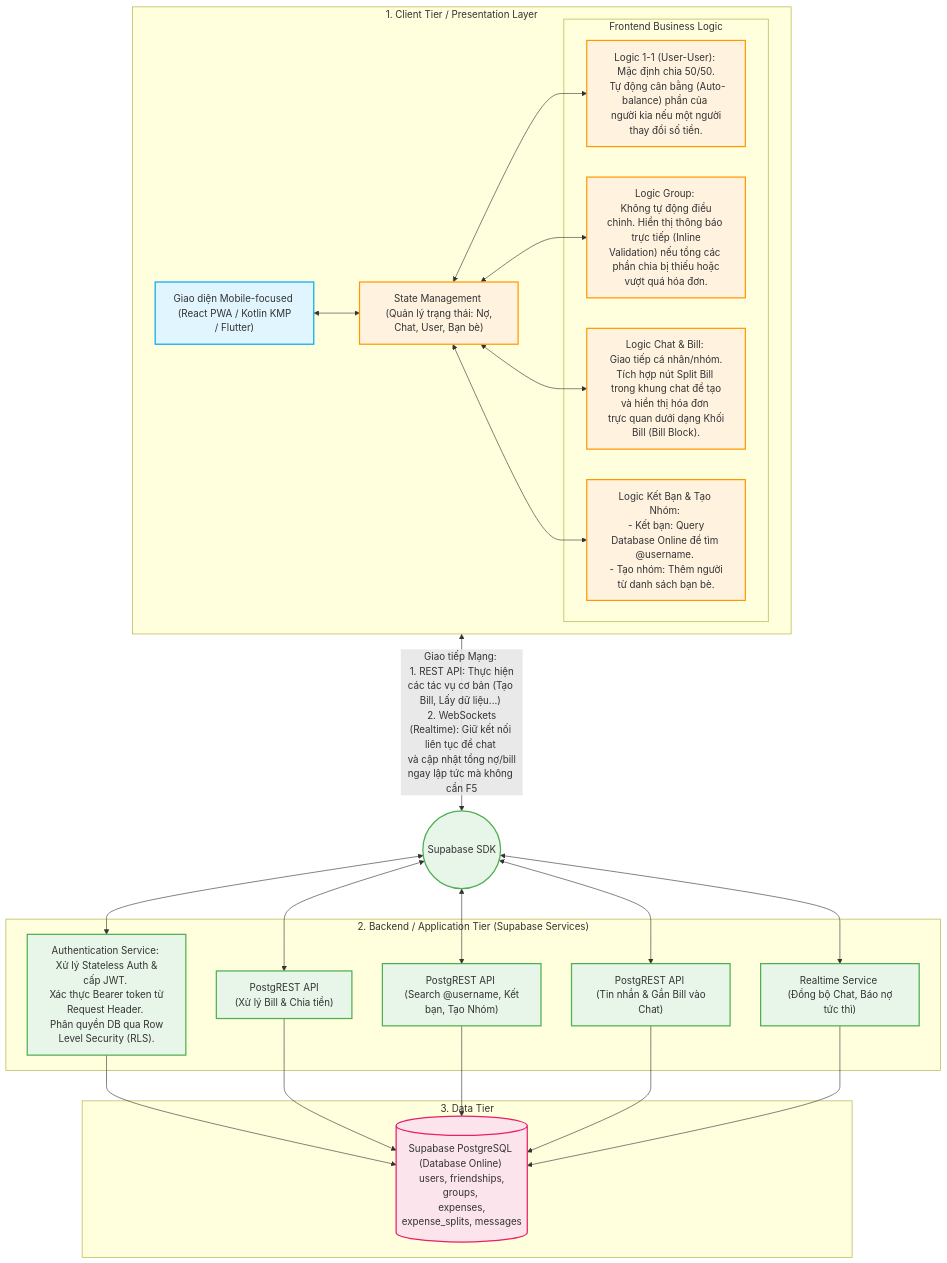
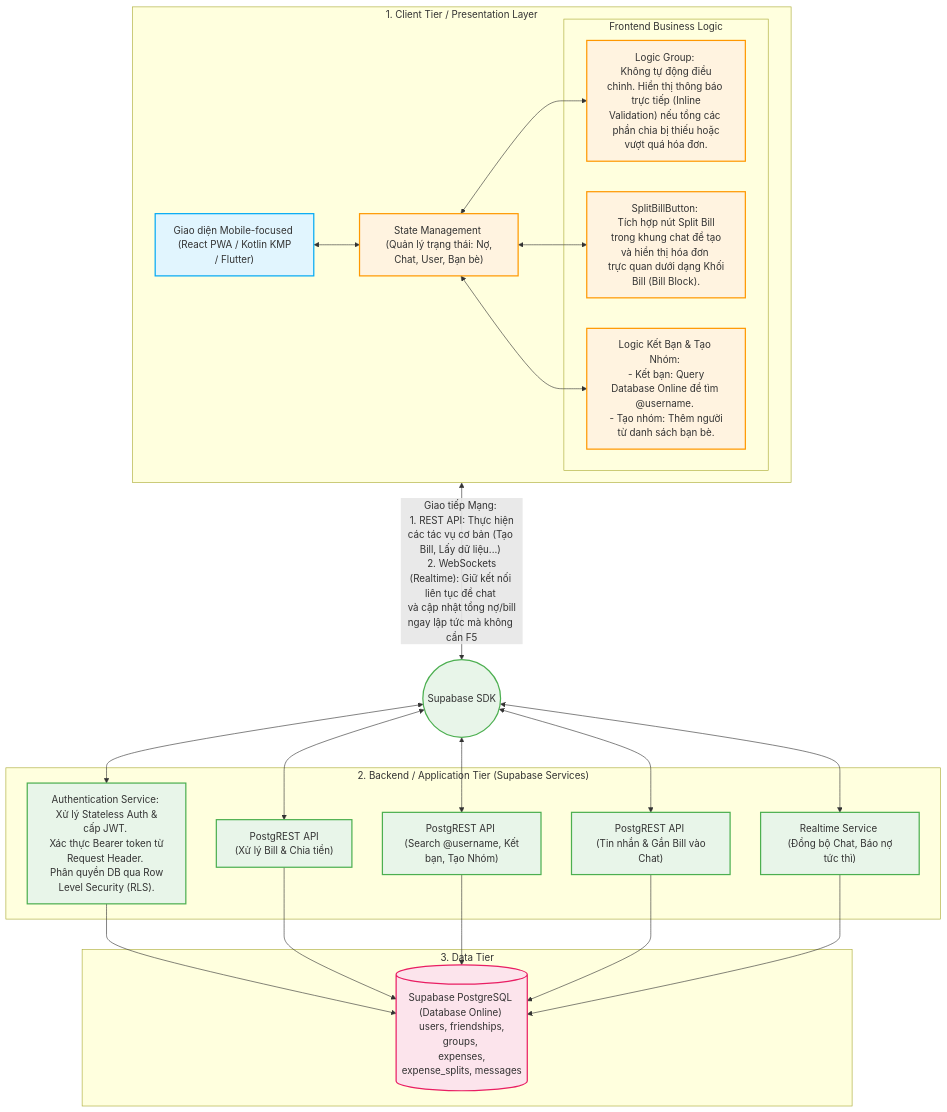
Before and after one commit to emberfox205/teilr: the diagram in README.md, drawn with Mermaid. The commit also changed other lines of this file, not shown here.

````diff
--- a/README.md
+++ b/README.md
@@ -3,60 +3,58 @@
 ```mermaid
 %%{init: {'theme': 'default', 'themeCSS': 'svg { background-color: white !important; }', 'themeVariables': { 'background': '#ffffff'}}}%%
 flowchart TD
     %% Định nghĩa màu sắc
     classDef frontend fill:#e1f5fe,stroke:#03a9f4,stroke-width:2px;
     classDef logic fill:#fff3e0,stroke:#ff9800,stroke-width:2px;
     classDef backend fill:#e8f5e9,stroke:#4caf50,stroke-width:2px;
     classDef database fill:#fce4ec,stroke:#e91e63,stroke-width:2px;
 
     %% Client Layer
     subgraph Client_Tier ["1. Client Tier / Presentation Layer"]
         UI["Giao diện Mobile-focused <br/> (React PWA / Kotlin KMP / Flutter)"]:::frontend
         State["State Management <br/> (Quản lý trạng thái: Nợ, Chat, User, Bạn bè)"]:::logic
         
         UI <--> State
         
         subgraph Business_Logic ["Frontend Business Logic"]
-            Logic1["Logic 1-1 (User-User): <br/> Mặc định chia 50/50. <br/> Tự động cân bằng (Auto-balance) phần của <br/> người kia nếu một người thay đổi số tiền."]:::logic
-            Logic2["Logic Group: <br/> Không tự động điều chỉnh. Hiển thị thông báo <br/> trực tiếp (Inline Validation) nếu tổng các <br/> phần chia bị thiếu hoặc vượt quá hóa đơn."]:::logic
-            ChatLogic["Logic Chat & Bill: <br/> Giao tiếp cá nhân/nhóm. Tích hợp nút Split Bill <br/> trong khung chat để tạo và hiển thị hóa đơn <br/> trực quan dưới dạng Khối Bill (Bill Block)."]:::logic
+            LogicGroup["Logic Group: <br/> Không tự động điều chỉnh. Hiển thị thông báo <br/> trực tiếp (Inline Validation) nếu tổng các <br/> phần chia bị thiếu hoặc vượt quá hóa đơn."]:::logic
+            SplitBillButton["SplitBillButton: <br/> Tích hợp nút Split Bill <br/> trong khung chat để tạo và hiển thị hóa đơn <br/> trực quan dưới dạng Khối Bill (Bill Block)."]:::logic
             SocialLogic["Logic Kết Bạn & Tạo Nhóm: <br/> - Kết bạn: Query Database Online để tìm @username. <br/> - Tạo nhóm: Thêm người từ danh sách bạn bè."]:::logic
         end
         
-        State <--> Logic1
-        State <--> Logic2
-        State <--> ChatLogic
+        State <--> LogicGroup
+        State <--> SplitBillButton
         State <--> SocialLogic
     end
 
     %% Network Layer
     API_Gateway(("Supabase SDK")):::backend
 
     Client_Tier <-->|"Giao tiếp Mạng: <br/> 1. REST API: Thực hiện các tác vụ cơ bản (Tạo Bill, Lấy dữ liệu...) <br/> 2. WebSockets (Realtime): Giữ kết nối liên tục để chat <br/> và cập nhật tổng nợ/bill ngay lập tức mà không cần F5"| API_Gateway
 
     %% Backend Layer
     subgraph Backend_Tier ["2. Backend / Application Tier (Supabase Services)"]
         Auth["Authentication Service: <br/> Xử lý Stateless Auth & cấp JWT. <br/> Xác thực Bearer token từ Request Header. <br/> Phân quyền DB qua Row Level Security (RLS)."]:::backend
         ExpenseSvc["PostgREST API <br/> (Xử lý Bill & Chia tiền)"]:::backend
         UserGroupSvc["PostgREST API <br/> (Search @username, Kết bạn, Tạo Nhóm)"]:::backend
         ChatSvc["PostgREST API <br/> (Tin nhắn & Gắn Bill vào Chat)"]:::backend
         Realtime["Realtime Service <br/> (Đồng bộ Chat, Báo nợ tức thì)"]:::backend
     end
 
     API_Gateway <--> Auth
     API_Gateway <--> ExpenseSvc
     API_Gateway <--> UserGroupSvc
     API_Gateway <--> ChatSvc
     API_Gateway <--> Realtime
 
     %% Data Layer
     subgraph Database_Tier ["3. Data Tier"]
         DB[("Supabase PostgreSQL (Database Online) <br/> users, friendships, groups, <br/> expenses, expense_splits, messages")]:::database
     end
 
     Auth --> DB
     ExpenseSvc --> DB
     UserGroupSvc --> DB
     ChatSvc --> DB
     Realtime --> DB
 ```
````
